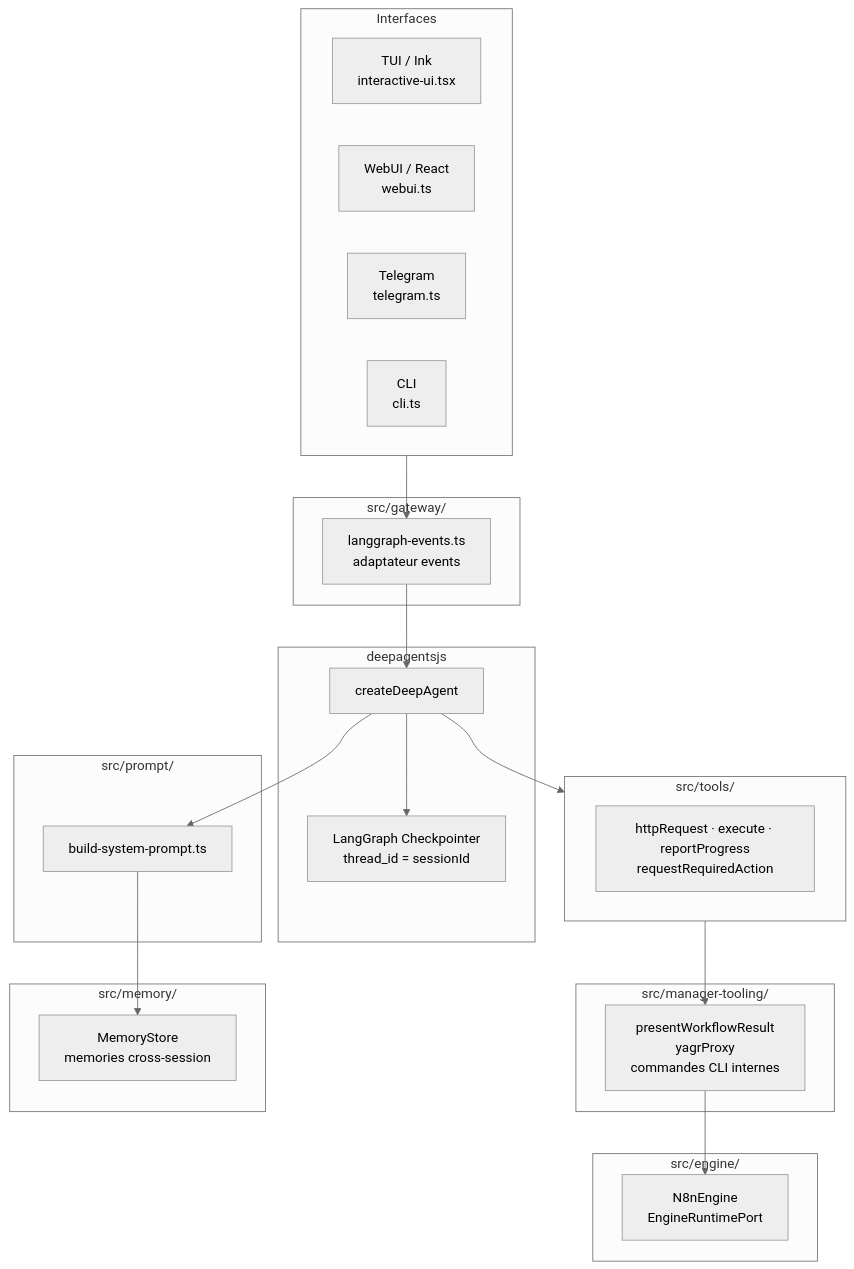
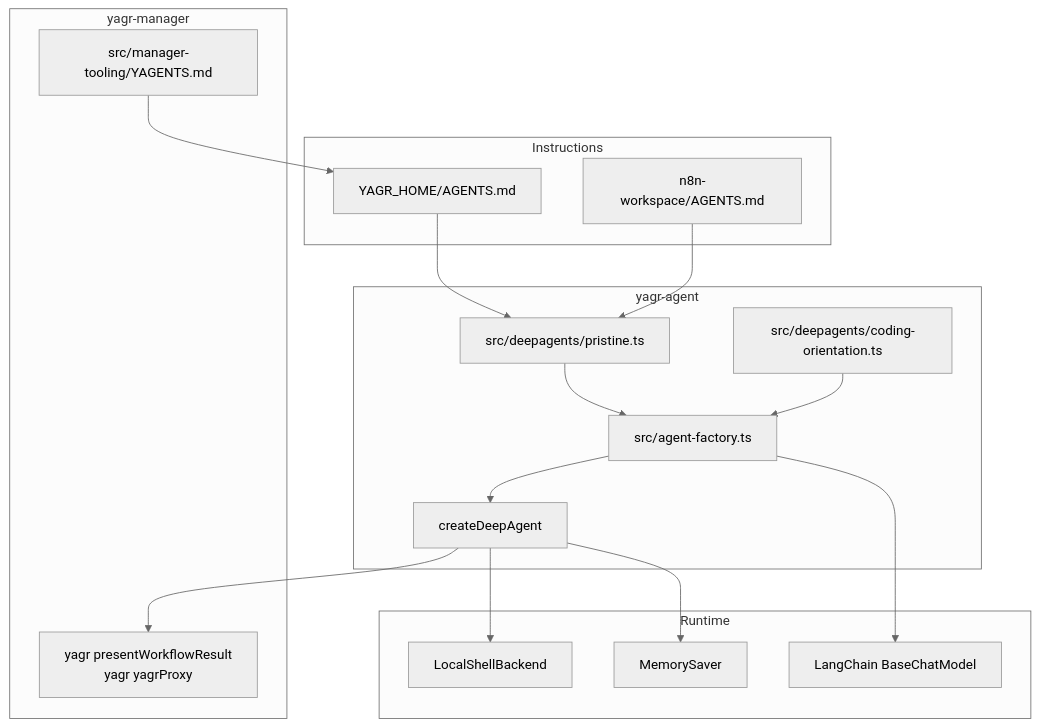
Before and after one commit to EtienneLescot/yagr: the diagram in architecture/current/deepagents-agent.md, drawn with Mermaid (neutral theme). The commit also changed other lines of this file and 9 other files, not shown here.

First line of the commit message:
Refactor deepagents architecture for clarity and separation of concerns

````diff
--- a/architecture/current/deepagents-agent.md
+++ b/architecture/current/deepagents-agent.md
@@ -62,47 +27,36 @@
 ```mermaid
 flowchart TD
-    subgraph Interfaces
-        TUI[TUI / Ink\ninteractive-ui.tsx]
-        WEB[WebUI / React\nwebui.ts]
-        TG[Telegram\ntelegram.ts]
-        CLI[CLI\ncli.ts]
+    subgraph AgentCore["yagr-agent"]
+        AF[src/agent-factory.ts]
+        PR[src/deepagents/pristine.ts]
+        CO[src/deepagents/coding-orientation.ts]
+        DA[createDeepAgent]
     end
 
-    subgraph Gateway["src/gateway/"]
-        LGE[langgraph-events.ts\nadaptateur events]
+    subgraph InstructionLayer["Instructions"]
+        HOME[YAGR_HOME/AGENTS.md]
+        WORK[n8n-workspace/AGENTS.md]
     end
 
-    subgraph DeepAgent["deepagentsjs"]
-        DA[createDeepAgent]
-        CKPT[LangGraph Checkpointer\nthread_id = sessionId]
+    subgraph ManagerLayer["yagr-manager"]
+        CLI[yagr presentWorkflowResult\nyagr yagrProxy]
+        TEMPLATE[src/manager-tooling/YAGENTS.md]
     end
 
-    subgraph YagrTools["src/tools/"]
-        GT[httpRequest · execute · reportProgress\nrequestRequiredAction]
+    subgraph RuntimeLayer["Runtime"]
+        BACKEND[LocalShellBackend]
+        CHECKPOINT[MemorySaver]
+        MODEL[LangChain BaseChatModel]
     end
 
-    subgraph ManagerCli["src/manager-tooling/"]
-        MT[presentWorkflowResult\nyagrProxy\ncommandes CLI internes]
-    end
-
-    subgraph Prompt["src/prompt/"]
-        BSP[build-system-prompt.ts]
-    end
-
-    subgraph Memory["src/memory/"]
-        MS[MemoryStore\nmemories cross-session]
-    end
-
-    subgraph Engine["src/engine/"]
-        N8N[N8nEngine\nEngineRuntimePort]
-    end
-
-    Interfaces --> LGE
-    LGE --> DA
-    DA --> CKPT
-    DA --> YagrTools
-    DA --> BSP
-    BSP --> MS
-    YagrTools --> MT
-    MT --> N8N
+    TEMPLATE --> HOME
+    HOME --> PR
+    WORK --> PR
+    PR --> AF
+    CO --> AF
+    AF --> DA
+    DA --> BACKEND
+    DA --> CHECKPOINT
+    AF --> MODEL
+    DA --> CLI
 ```
````
